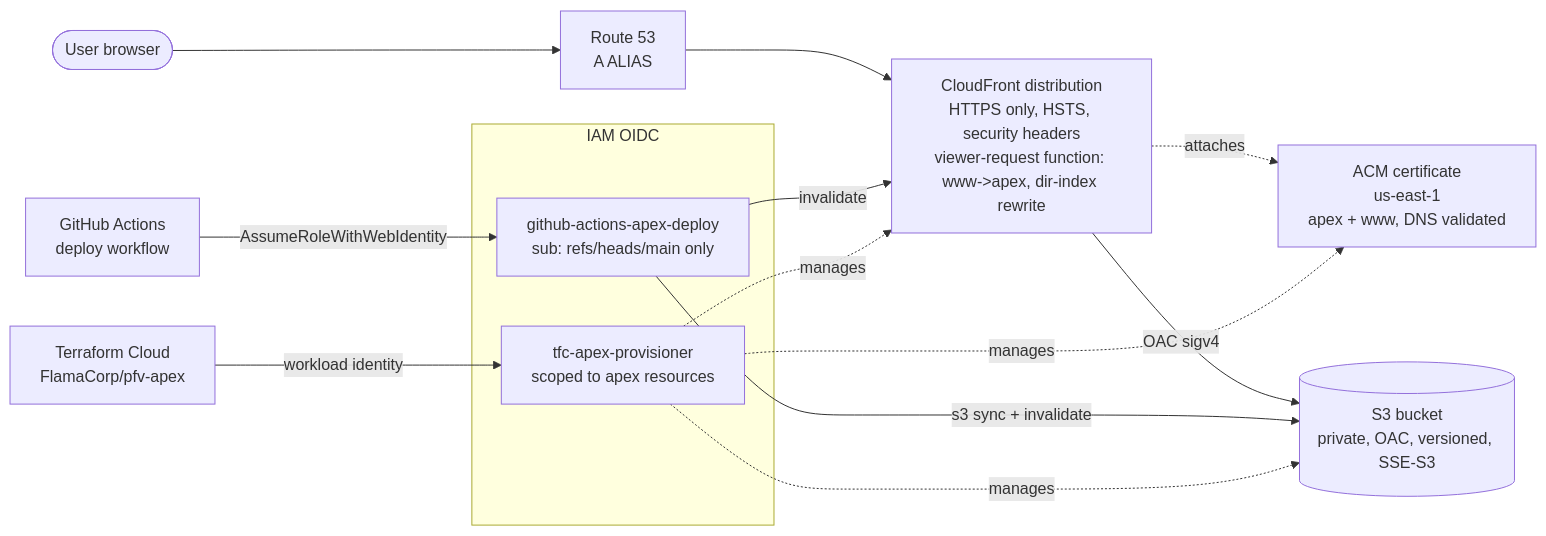
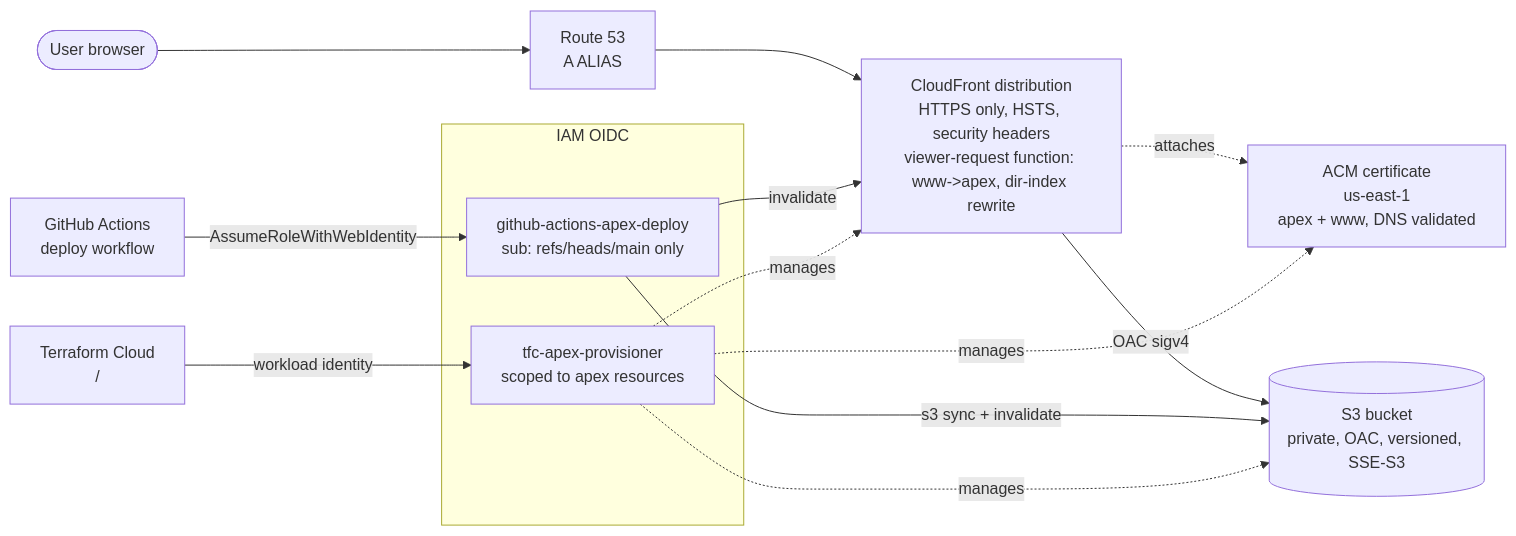
The second of 2 diagrams in infra/README.md (fjcloudaiconsulting/tbd), drawn with Mermaid before and after one commit. The commit also changed other lines of this file and 9 other files, not shown here.

````diff
--- a/infra/README.md
+++ b/infra/README.md
@@ -124,27 +136,27 @@
 ```mermaid
 flowchart LR
     user([User browser])
     r53[Route 53<br/>A ALIAS]
     cfd[CloudFront distribution<br/>HTTPS only, HSTS, security headers<br/>viewer-request function: www->apex, dir-index rewrite]
     acm[ACM certificate<br/>us-east-1<br/>apex + www, DNS validated]
     s3[(S3 bucket<br/>private, OAC, versioned, SSE-S3)]
 
     subgraph oidc[IAM OIDC]
         gh_role[github-actions-apex-deploy<br/>sub: refs/heads/main only]
         tfc_role[tfc-apex-provisioner<br/>scoped to apex resources]
     end
 
     gha[GitHub Actions<br/>deploy workflow]
-    tfc[Terraform Cloud<br/>FlamaCorp/pfv-apex]
+    tfc[Terraform Cloud<br/><tfc-org>/<apex-workspace>]
 
     user --> r53 --> cfd
     cfd -. attaches .-> acm
     cfd -->|OAC sigv4| s3
     gha -->|AssumeRoleWithWebIdentity| gh_role
     gh_role -->|s3 sync + invalidate| s3
     gh_role -->|invalidate| cfd
     tfc -->|workload identity| tfc_role
     tfc_role -.->|manages| cfd
     tfc_role -.->|manages| s3
     tfc_role -.->|manages| acm
 ```
````
